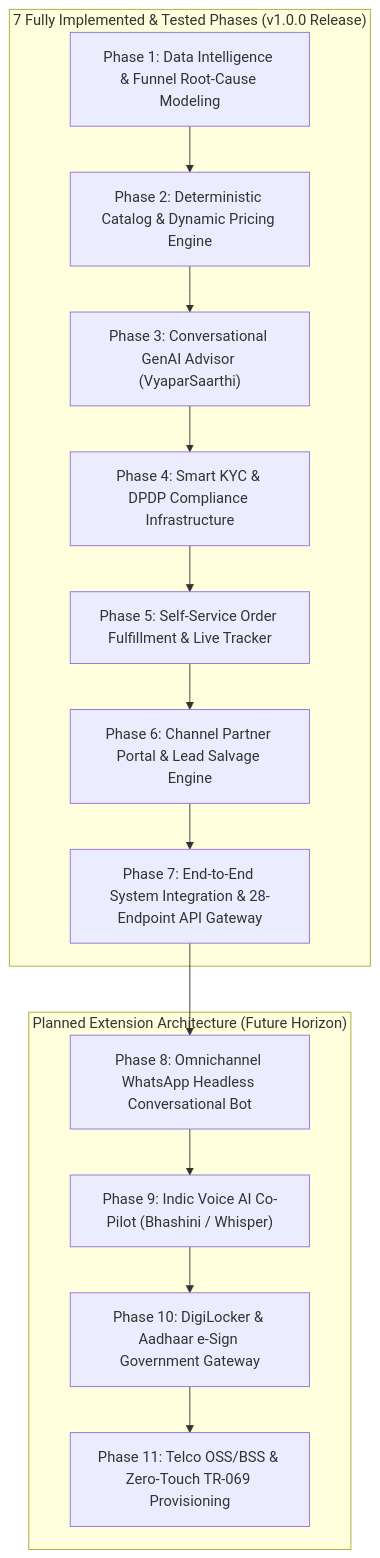
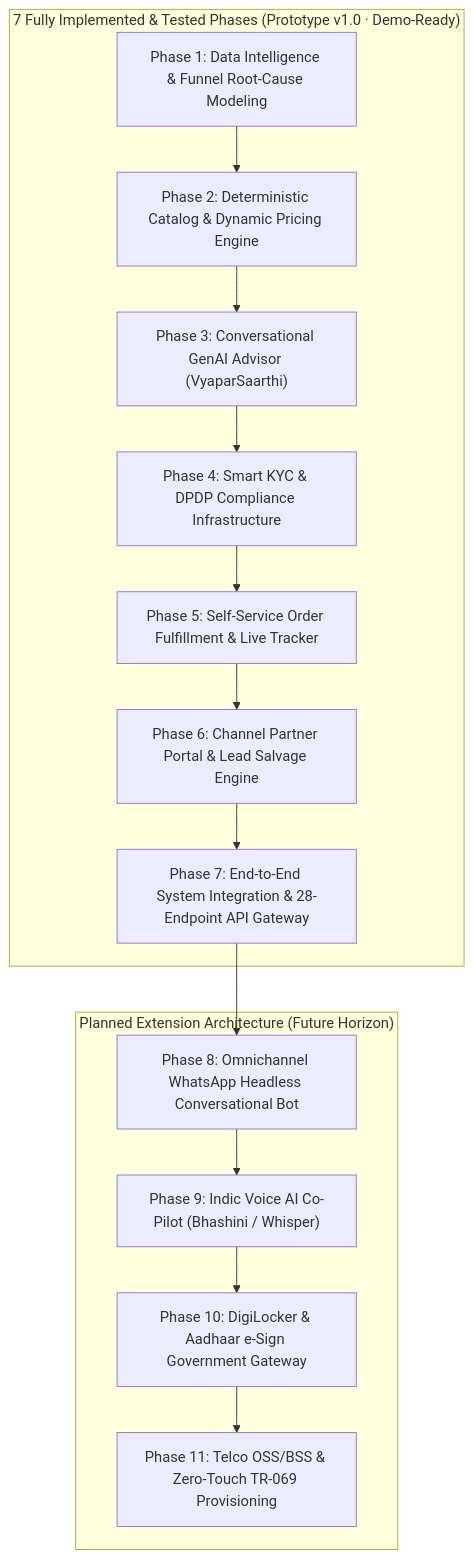
Before and after one commit to abhishekKokadwar/vyaparsetu: the diagram in ROADMAP.md, drawn with Mermaid. The commit also changed other lines of this file and 4 other files, not shown here.

Commit message:
docs: align PLAN/ROADMAP/README/DEMO/DPDP with deck, API and deployment

````diff
--- a/ROADMAP.md
+++ b/ROADMAP.md
@@ -13,18 +13,18 @@
 ```mermaid
 flowchart TD
-    subgraph Core ["7 Fully Implemented & Tested Phases (v1.0.0 Release)"]
+    subgraph Core ["7 Fully Implemented & Tested Phases (Prototype v1.0 · Demo-Ready)"]
         P1["Phase 1: Data Intelligence & Funnel Root-Cause Modeling"] --> P2["Phase 2: Deterministic Catalog & Dynamic Pricing Engine"]
         P2 --> P3["Phase 3: Conversational GenAI Advisor (VyaparSaarthi)"]
         P3 --> P4["Phase 4: Smart KYC & DPDP Compliance Infrastructure"]
         P4 --> P5["Phase 5: Self-Service Order Fulfillment & Live Tracker"]
         P5 --> P6["Phase 6: Channel Partner Portal & Lead Salvage Engine"]
         P6 --> P7["Phase 7: End-to-End System Integration & 28-Endpoint API Gateway"]
     end
 
     subgraph Extended ["Planned Extension Architecture (Future Horizon)"]
         P7 --> P8["Phase 8: Omnichannel WhatsApp Headless Conversational Bot"]
         P8 --> P9["Phase 9: Indic Voice AI Co-Pilot (Bhashini / Whisper)"]
         P9 --> P10["Phase 10: DigiLocker & Aadhaar e-Sign Government Gateway"]
         P10 --> P11["Phase 11: Telco OSS/BSS & Zero-Touch TR-069 Provisioning"]
     end
 ```
````
